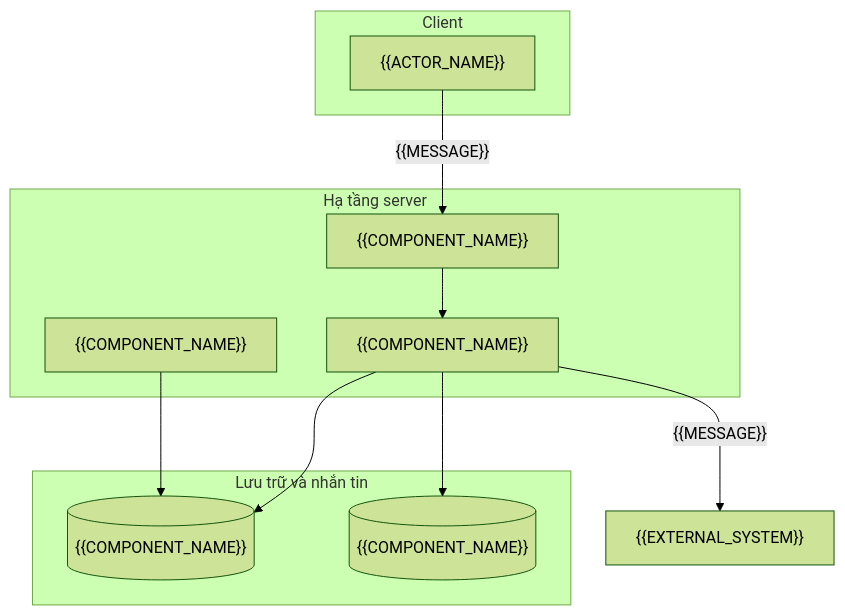
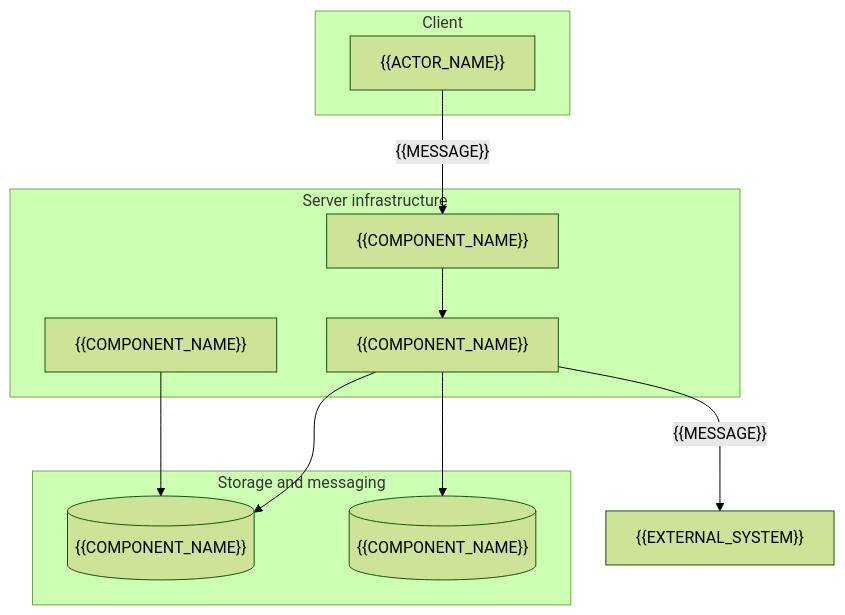
Before and after one commit to vuquoctrungbk/specflow: the first of 2 diagrams in skills/specflow/assets/kit/overlays/backend-api/architecture-sections.md, drawn with Mermaid (forest theme). The commit also changed other lines of this file and 100 other files, not shown here.

````diff
--- a/skills/specflow/assets/kit/overlays/backend-api/architecture-sections.md
+++ b/skills/specflow/assets/kit/overlays/backend-api/architecture-sections.md
@@ -16,22 +16,22 @@
 ```mermaid
 flowchart TD
     subgraph Clients[Client]
         C1["{{ACTOR_NAME}}"]
     end
-    subgraph Server[Hạ tầng server]
+    subgraph Server[Server infrastructure]
         GW["{{COMPONENT_NAME}}"]
         API["{{COMPONENT_NAME}}"]
         WK["{{COMPONENT_NAME}}"]
     end
-    subgraph Data[Lưu trữ và nhắn tin]
+    subgraph Data[Storage and messaging]
         DB[("{{COMPONENT_NAME}}")]
         CACHE[("{{COMPONENT_NAME}}")]
     end
     EXT["{{EXTERNAL_SYSTEM}}"]
     C1 -->|"{{MESSAGE}}"| GW
     GW --> API
     API --> DB
     API --> CACHE
     WK --> DB
     API -->|"{{MESSAGE}}"| EXT
 ```
````
